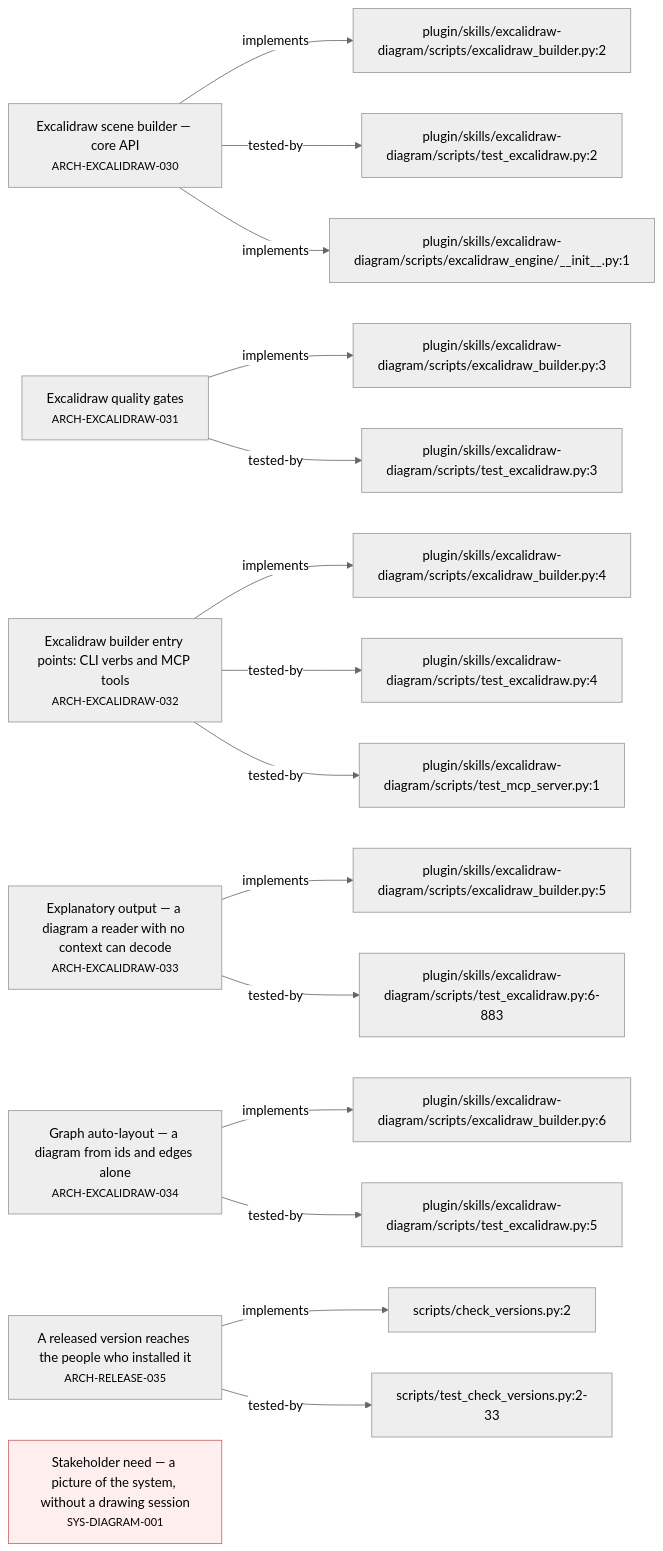
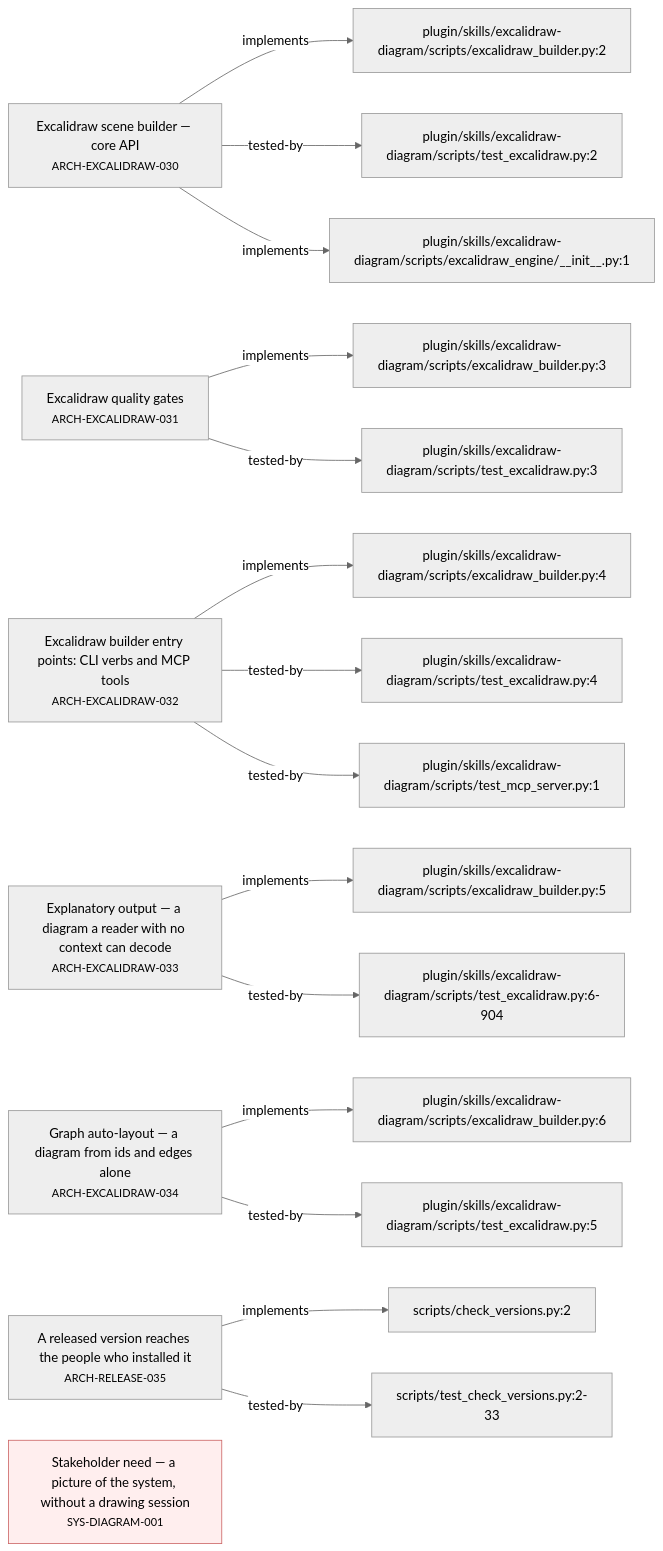
The second of 4 diagrams in requirements/_map.md (alxmax/excalidraw-diagram), drawn with Mermaid (neutral theme) before and after one commit. The commit also changed 8 other files, not shown here.

````diff
--- a/requirements/_map.md
+++ b/requirements/_map.md
@@ -55,39 +55,39 @@
 ```mermaid
 graph LR
   ARCH_EXCALIDRAW_030["Excalidraw scene builder — core API<br><small>ARCH-EXCALIDRAW-030</small>"]
   f_plugin_skills_excalidraw_diagram_scripts_excalidraw_builder_py_2["plugin/skills/excalidraw-diagram/scripts/excalidraw_builder.py:2"]
   ARCH_EXCALIDRAW_030 -->|implements| f_plugin_skills_excalidraw_diagram_scripts_excalidraw_builder_py_2
   f_plugin_skills_excalidraw_diagram_scripts_test_excalidraw_py_2["plugin/skills/excalidraw-diagram/scripts/test_excalidraw.py:2"]
   ARCH_EXCALIDRAW_030 -->|tested-by| f_plugin_skills_excalidraw_diagram_scripts_test_excalidraw_py_2
   f_plugin_skills_excalidraw_diagram_scripts_excalidraw_engine___init___py_1["plugin/skills/excalidraw-diagram/scripts/excalidraw_engine/__init__.py:1"]
   ARCH_EXCALIDRAW_030 -->|implements| f_plugin_skills_excalidraw_diagram_scripts_excalidraw_engine___init___py_1
   ARCH_EXCALIDRAW_031["Excalidraw quality gates<br><small>ARCH-EXCALIDRAW-031</small>"]
   f_plugin_skills_excalidraw_diagram_scripts_excalidraw_builder_py_3["plugin/skills/excalidraw-diagram/scripts/excalidraw_builder.py:3"]
   ARCH_EXCALIDRAW_031 -->|implements| f_plugin_skills_excalidraw_diagram_scripts_excalidraw_builder_py_3
   f_plugin_skills_excalidraw_diagram_scripts_test_excalidraw_py_3["plugin/skills/excalidraw-diagram/scripts/test_excalidraw.py:3"]
   ARCH_EXCALIDRAW_031 -->|tested-by| f_plugin_skills_excalidraw_diagram_scripts_test_excalidraw_py_3
   ARCH_EXCALIDRAW_032["Excalidraw builder entry points: CLI verbs and MCP tools<br><small>ARCH-EXCALIDRAW-032</small>"]
   f_plugin_skills_excalidraw_diagram_scripts_excalidraw_builder_py_4["plugin/skills/excalidraw-diagram/scripts/excalidraw_builder.py:4"]
   ARCH_EXCALIDRAW_032 -->|implements| f_plugin_skills_excalidraw_diagram_scripts_excalidraw_builder_py_4
   f_plugin_skills_excalidraw_diagram_scripts_test_excalidraw_py_4["plugin/skills/excalidraw-diagram/scripts/test_excalidraw.py:4"]
   ARCH_EXCALIDRAW_032 -->|tested-by| f_plugin_skills_excalidraw_diagram_scripts_test_excalidraw_py_4
   f_plugin_skills_excalidraw_diagram_scripts_test_mcp_server_py_1["plugin/skills/excalidraw-diagram/scripts/test_mcp_server.py:1"]
   ARCH_EXCALIDRAW_032 -->|tested-by| f_plugin_skills_excalidraw_diagram_scripts_test_mcp_server_py_1
   ARCH_EXCALIDRAW_033["Explanatory output — a diagram a reader with no context can decode<br><small>ARCH-EXCALIDRAW-033</small>"]
   f_plugin_skills_excalidraw_diagram_scripts_excalidraw_builder_py_5["plugin/skills/excalidraw-diagram/scripts/excalidraw_builder.py:5"]
   ARCH_EXCALIDRAW_033 -->|implements| f_plugin_skills_excalidraw_diagram_scripts_excalidraw_builder_py_5
-  f_plugin_skills_excalidraw_diagram_scripts_test_excalidraw_py_6_883["plugin/skills/excalidraw-diagram/scripts/test_excalidraw.py:6-883"]
-  ARCH_EXCALIDRAW_033 -->|tested-by| f_plugin_skills_excalidraw_diagram_scripts_test_excalidraw_py_6_883
+  f_plugin_skills_excalidraw_diagram_scripts_test_excalidraw_py_6_904["plugin/skills/excalidraw-diagram/scripts/test_excalidraw.py:6-904"]
+  ARCH_EXCALIDRAW_033 -->|tested-by| f_plugin_skills_excalidraw_diagram_scripts_test_excalidraw_py_6_904
   ARCH_EXCALIDRAW_034["Graph auto-layout — a diagram from ids and edges alone<br><small>ARCH-EXCALIDRAW-034</small>"]
   f_plugin_skills_excalidraw_diagram_scripts_excalidraw_builder_py_6["plugin/skills/excalidraw-diagram/scripts/excalidraw_builder.py:6"]
   ARCH_EXCALIDRAW_034 -->|implements| f_plugin_skills_excalidraw_diagram_scripts_excalidraw_builder_py_6
   f_plugin_skills_excalidraw_diagram_scripts_test_excalidraw_py_5["plugin/skills/excalidraw-diagram/scripts/test_excalidraw.py:5"]
   ARCH_EXCALIDRAW_034 -->|tested-by| f_plugin_skills_excalidraw_diagram_scripts_test_excalidraw_py_5
   ARCH_RELEASE_035["A released version reaches the people who installed it<br><small>ARCH-RELEASE-035</small>"]
   f_scripts_check_versions_py_2["scripts/check_versions.py:2"]
   ARCH_RELEASE_035 -->|implements| f_scripts_check_versions_py_2
   f_scripts_test_check_versions_py_2_33["scripts/test_check_versions.py:2-33"]
   ARCH_RELEASE_035 -->|tested-by| f_scripts_test_check_versions_py_2_33
   SYS_DIAGRAM_001["Stakeholder need — a picture of the system, without a drawing session<br><small>SYS-DIAGRAM-001</small>"]
   style SYS_DIAGRAM_001 fill:#fee,stroke:#c66
 ```
````
